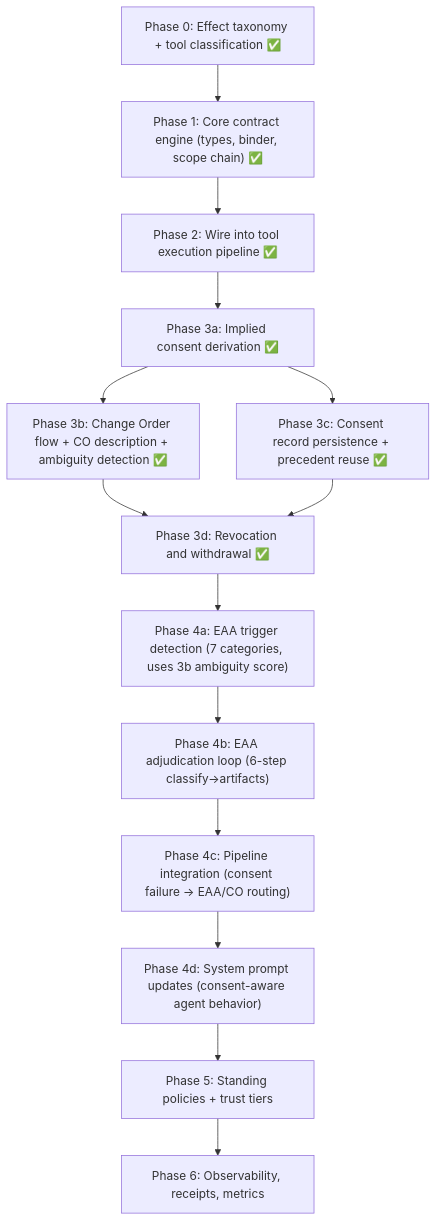
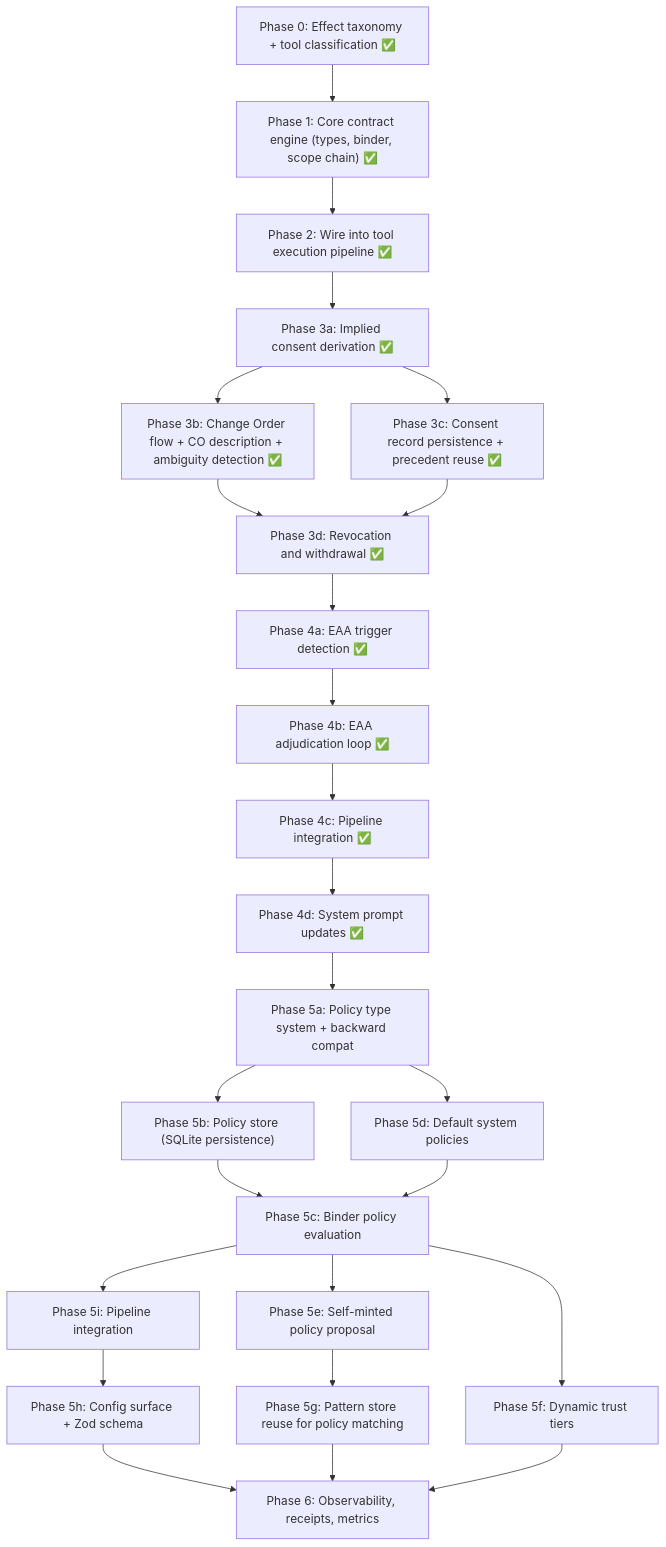
One commit to AgenticToaster/CBAClaw changed the diagram in plans/consent-bound_agency_sac_51bf982e.plan.md. Above: the diagram before and after it, drawn with Mermaid. The commit also changed other lines of this file and 7 other files, not shown here.

````diff
--- a/plans/consent-bound_agency_sac_51bf982e.plan.md
+++ b/plans/consent-bound_agency_sac_51bf982e.plan.md
@@ -734,16 +1346,27 @@
 ```mermaid
 flowchart TD
     P0["Phase 0: Effect taxonomy + tool classification ✅"] --> P1["Phase 1: Core contract engine (types, binder, scope chain) ✅"]
     P1 --> P2["Phase 2: Wire into tool execution pipeline ✅"]
     P2 --> P3a["Phase 3a: Implied consent derivation ✅"]
     P3a --> P3b["Phase 3b: Change Order flow + CO description + ambiguity detection ✅"]
     P3a --> P3c["Phase 3c: Consent record persistence + precedent reuse ✅"]
     P3b --> P3d["Phase 3d: Revocation and withdrawal ✅"]
     P3c --> P3d
-    P3d --> P4a["Phase 4a: EAA trigger detection (7 categories, uses 3b ambiguity score)"]
-    P4a --> P4b["Phase 4b: EAA adjudication loop (6-step classify→artifacts)"]
-    P4b --> P4c["Phase 4c: Pipeline integration (consent failure → EAA/CO routing)"]
-    P4c --> P4d["Phase 4d: System prompt updates (consent-aware agent behavior)"]
-    P4d --> P5["Phase 5: Standing policies + trust tiers"]
-    P5 --> P6["Phase 6: Observability, receipts, metrics"]
+    P3d --> P4a["Phase 4a: EAA trigger detection ✅"]
+    P4a --> P4b["Phase 4b: EAA adjudication loop ✅"]
+    P4b --> P4c["Phase 4c: Pipeline integration ✅"]
+    P4c --> P4d["Phase 4d: System prompt updates ✅"]
+    P4d --> P5a["Phase 5a: Policy type system + backward compat"]
+    P5a --> P5b["Phase 5b: Policy store (SQLite persistence)"]
+    P5a --> P5d["Phase 5d: Default system policies"]
+    P5b --> P5c["Phase 5c: Binder policy evaluation"]
+    P5d --> P5c
+    P5c --> P5e["Phase 5e: Self-minted policy proposal"]
+    P5c --> P5f["Phase 5f: Dynamic trust tiers"]
+    P5c --> P5i["Phase 5i: Pipeline integration"]
+    P5e --> P5g["Phase 5g: Pattern store reuse for policy matching"]
+    P5i --> P5h["Phase 5h: Config surface + Zod schema"]
+    P5h --> P6["Phase 6: Observability, receipts, metrics"]
+    P5g --> P6
+    P5f --> P6
 ```
````
